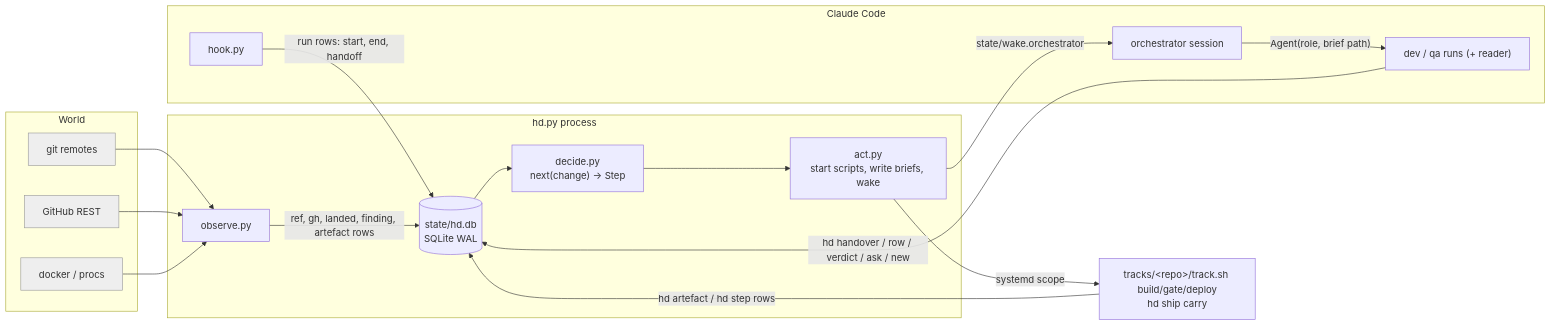
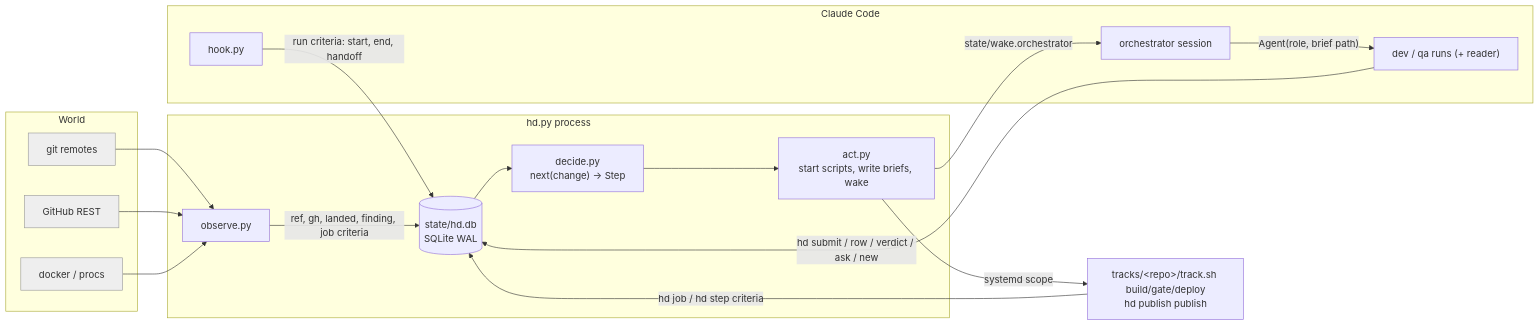
Before and after one commit to AlexPerrin/RuneHarness: the diagram in docs/V9-PROPOSAL.md, drawn with Mermaid. The commit also changed other lines of this file and 16 other files, not shown here.

First line of the commit message:
docs: PROBLEM and PRD derived from the v7/v8 runs (memory, hands, gate, tempo, authority); ARCHITECTURE split from the proposal in that vocabulary

````diff
--- a/docs/V9-PROPOSAL.md
+++ b/docs/V9-PROPOSAL.md
@@ -13,31 +13,31 @@
 ```mermaid
 flowchart LR
   subgraph world["World"]
     G["git remotes"]:::w
     H["GitHub REST"]:::w
     D["docker / procs"]:::w
   end
   subgraph hd["hd.py process"]
     O["observe.py"]
     DB[(state/hd.db<br/>SQLite WAL)]
     DE["decide.py<br/>next(change) → Step"]
     A["act.py<br/>start scripts, write briefs, wake"]
   end
   subgraph agents["Claude Code"]
     OR["orchestrator session"]
     R["dev / qa runs (+ reader)"]
     HK["hook.py"]
   end
   G --> O
   H --> O
   D --> O
-  O -->|"ref, gh, landed, finding, artefact rows"| DB
+  O -->|"ref, gh, landed, finding, job criteria"| DB
   DB --> DE --> A
-  A -->|"systemd scope"| S["tracks/&lt;repo&gt;/track.sh build/gate/deploy<br/>hd ship carry"]
-  S -->|"hd artefact / hd step rows"| DB
+  A -->|"systemd scope"| S["tracks/&lt;repo&gt;/track.sh build/gate/deploy<br/>hd publish publish"]
+  S -->|"hd job / hd step criteria"| DB
   A -->|"state/wake.orchestrator"| OR
   OR -->|"Agent(role, brief path)"| R
-  R -->|"hd handover / row / verdict / ask / new"| DB
-  HK -->|"run rows: start, end, handoff"| DB
+  R -->|"hd submit / row / verdict / ask / new"| DB
+  HK -->|"run criteria: start, end, handoff"| DB
   classDef w fill:#eee,stroke:#999
 ```
````
